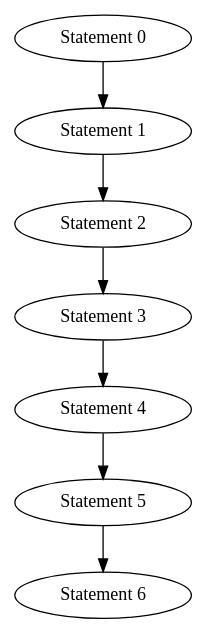
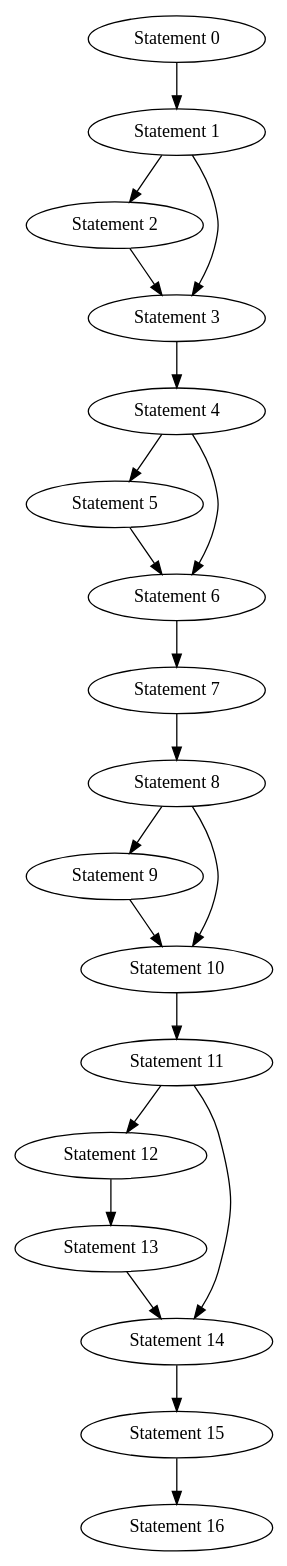
The diagram in cfg.dot (SkorpikFeed/white-box-testing-lab), drawn with Graphviz before and after one commit. The commit also changed 5 other files, not shown here.

```diff
--- a/cfg.dot
+++ b/cfg.dot
@@ -1,15 +1,39 @@
 strict digraph {
 n0 [label="Statement 0"];
 n1 [label="Statement 1"];
 n2 [label="Statement 2"];
 n3 [label="Statement 3"];
 n4 [label="Statement 4"];
 n5 [label="Statement 5"];
 n6 [label="Statement 6"];
+n7 [label="Statement 7"];
+n8 [label="Statement 8"];
+n9 [label="Statement 9"];
+n10 [label="Statement 10"];
+n11 [label="Statement 11"];
+n12 [label="Statement 12"];
+n13 [label="Statement 13"];
+n14 [label="Statement 14"];
+n15 [label="Statement 15"];
+n16 [label="Statement 16"];
 n0 -> n1;
 n1 -> n2;
+n1 -> n3;
 n2 -> n3;
 n3 -> n4;
 n4 -> n5;
+n4 -> n6;
 n5 -> n6;
+n6 -> n7;
+n7 -> n8;
+n8 -> n9;
+n8 -> n10;
+n9 -> n10;
+n10 -> n11;
+n11 -> n12;
+n11 -> n14;
+n12 -> n13;
+n13 -> n14;
+n14 -> n15;
+n15 -> n16;
 }
```
